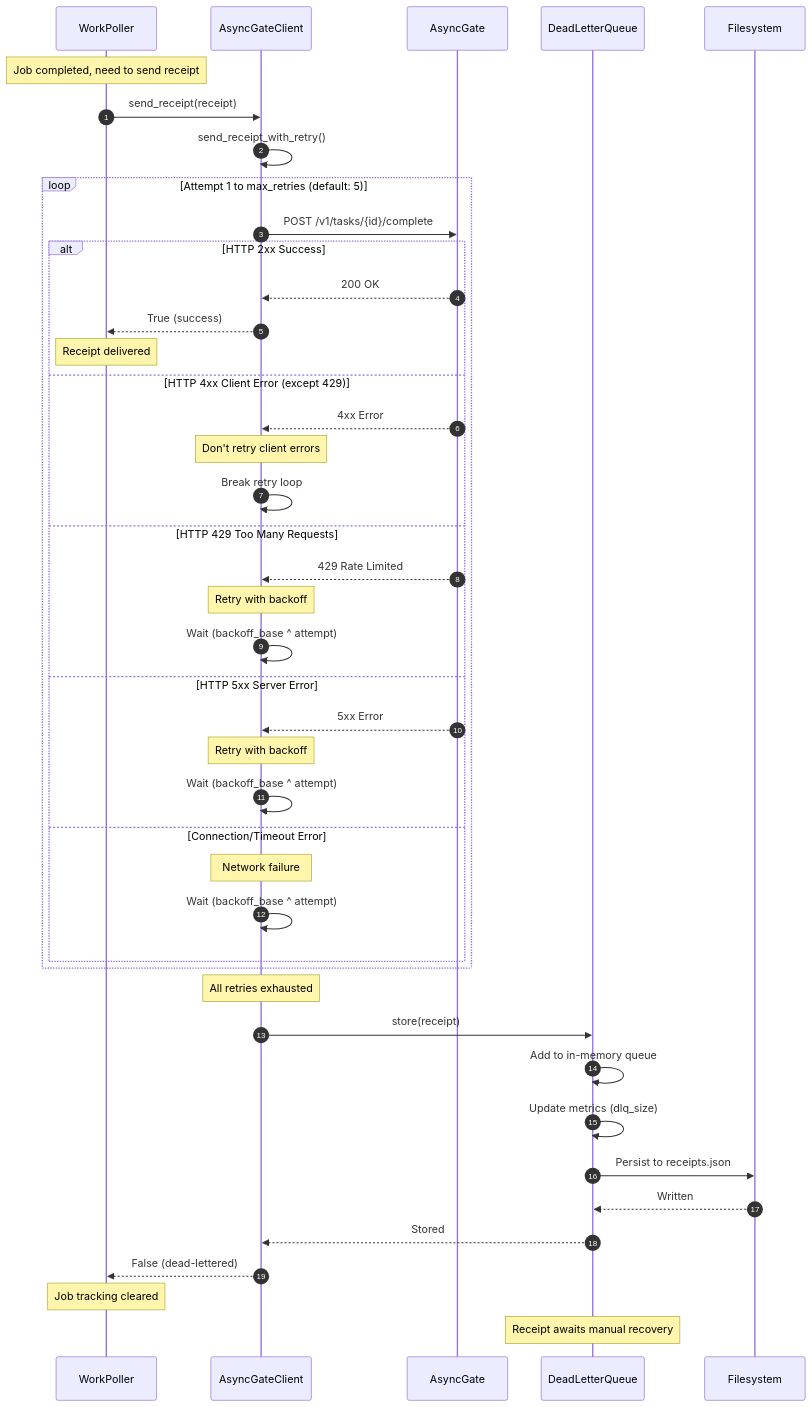
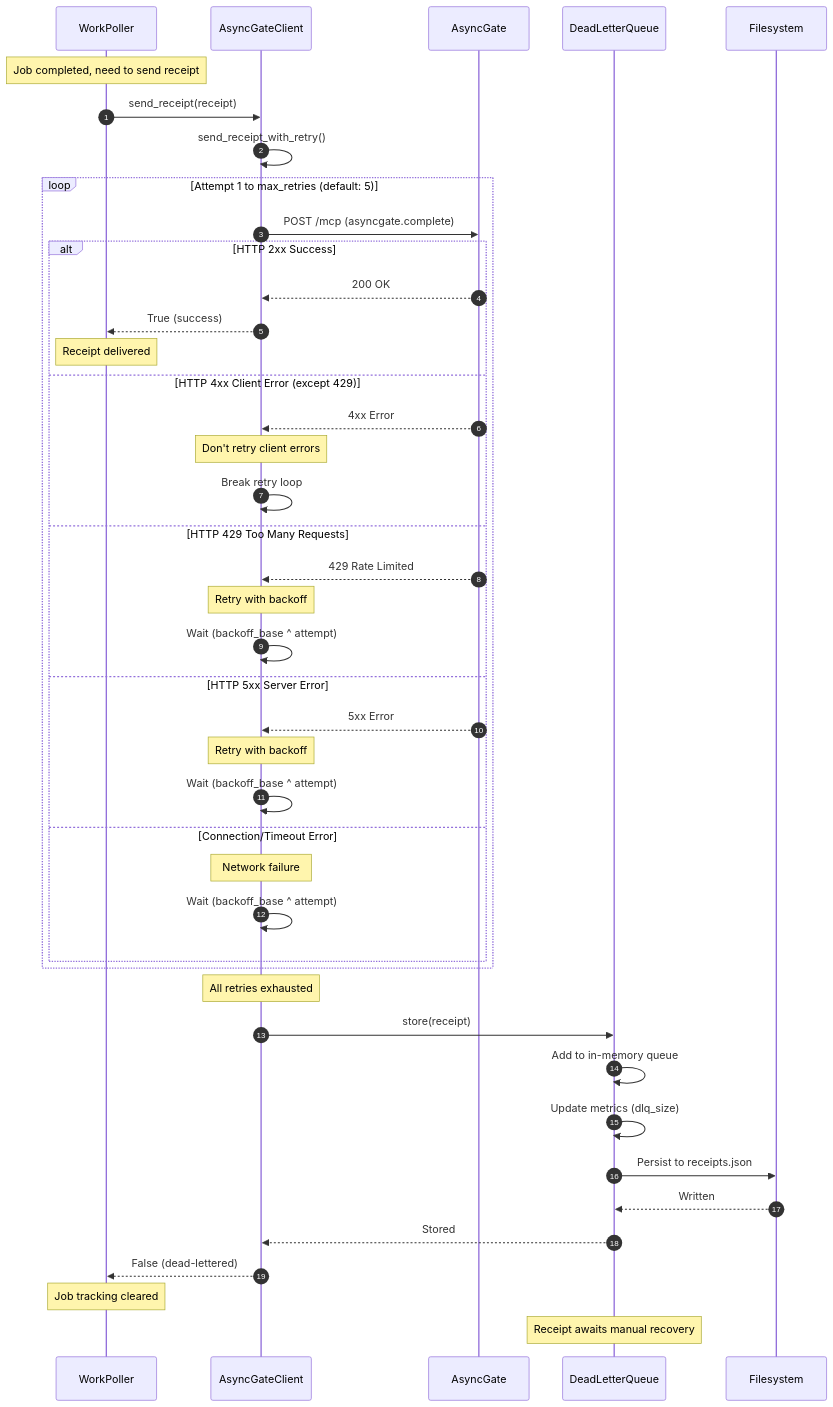
One commit to PStryder/CogniGate changed the first of 2 diagrams in docs/diagrams/receipt-retry-dlq.md. Above: the diagram before and after it, drawn with Mermaid. The commit also changed other lines of this file and 10 other files, not shown here.

````diff
--- a/docs/diagrams/receipt-retry-dlq.md
+++ b/docs/diagrams/receipt-retry-dlq.md
@@ -5,55 +5,55 @@
 ```mermaid
 sequenceDiagram
     autonumber
     participant WP as WorkPoller
     participant AGC as AsyncGateClient
     participant AG as AsyncGate
     participant DLQ as DeadLetterQueue
     participant FS as Filesystem
 
     Note over WP: Job completed, need to send receipt
 
     WP->>AGC: send_receipt(receipt)
     AGC->>AGC: send_receipt_with_retry()
 
     loop Attempt 1 to max_retries (default: 5)
-        AGC->>AG: POST /v1/tasks/{id}/complete
+        AGC->>AG: POST /mcp (asyncgate.complete)
 
         alt HTTP 2xx Success
             AG-->>AGC: 200 OK
             AGC-->>WP: True (success)
             Note over WP: Receipt delivered
         else HTTP 4xx Client Error (except 429)
             AG-->>AGC: 4xx Error
             Note over AGC: Don't retry client errors
             AGC->>AGC: Break retry loop
         else HTTP 429 Too Many Requests
             AG-->>AGC: 429 Rate Limited
             Note over AGC: Retry with backoff
             AGC->>AGC: Wait (backoff_base ^ attempt)
         else HTTP 5xx Server Error
             AG-->>AGC: 5xx Error
             Note over AGC: Retry with backoff
             AGC->>AGC: Wait (backoff_base ^ attempt)
         else Connection/Timeout Error
             Note over AGC: Network failure
             AGC->>AGC: Wait (backoff_base ^ attempt)
         end
     end
 
     Note over AGC: All retries exhausted
 
     AGC->>DLQ: store(receipt)
 
     DLQ->>DLQ: Add to in-memory queue
     DLQ->>DLQ: Update metrics (dlq_size)
 
     DLQ->>FS: Persist to receipts.json
     FS-->>DLQ: Written
 
     DLQ-->>AGC: Stored
     AGC-->>WP: False (dead-lettered)
 
     Note over WP: Job tracking cleared
     Note over DLQ: Receipt awaits manual recovery
 ```
````
